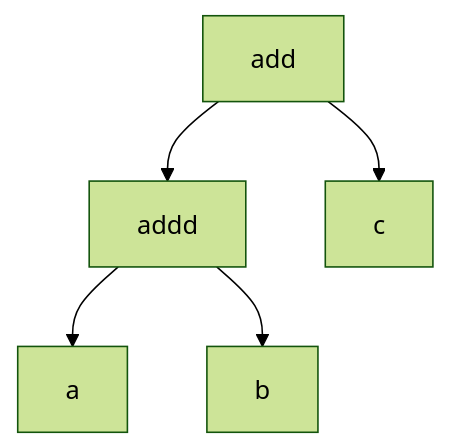
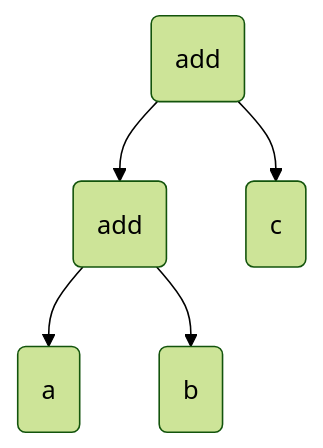
The seventh of 35 diagrams in src/essays/number-tree/essay.md (pengvyn/kavpix-code), drawn with Mermaid (forest theme) before and after one commit. The commit also changed other lines of this file and 1 other file, not shown here.

````diff
--- a/src/essays/number-tree/essay.md
+++ b/src/essays/number-tree/essay.md
@@ -68,7 +71,7 @@
 ```mermaid
     graph TD;
-        add --> addd;
-        add --> c;
-        addd --> a;
-        addd --> b;
+        add(add) --> add2(add);
+        add --> c(c);
+        add2 --> a(a);
+        add2 --> b(b);
 ```
````
